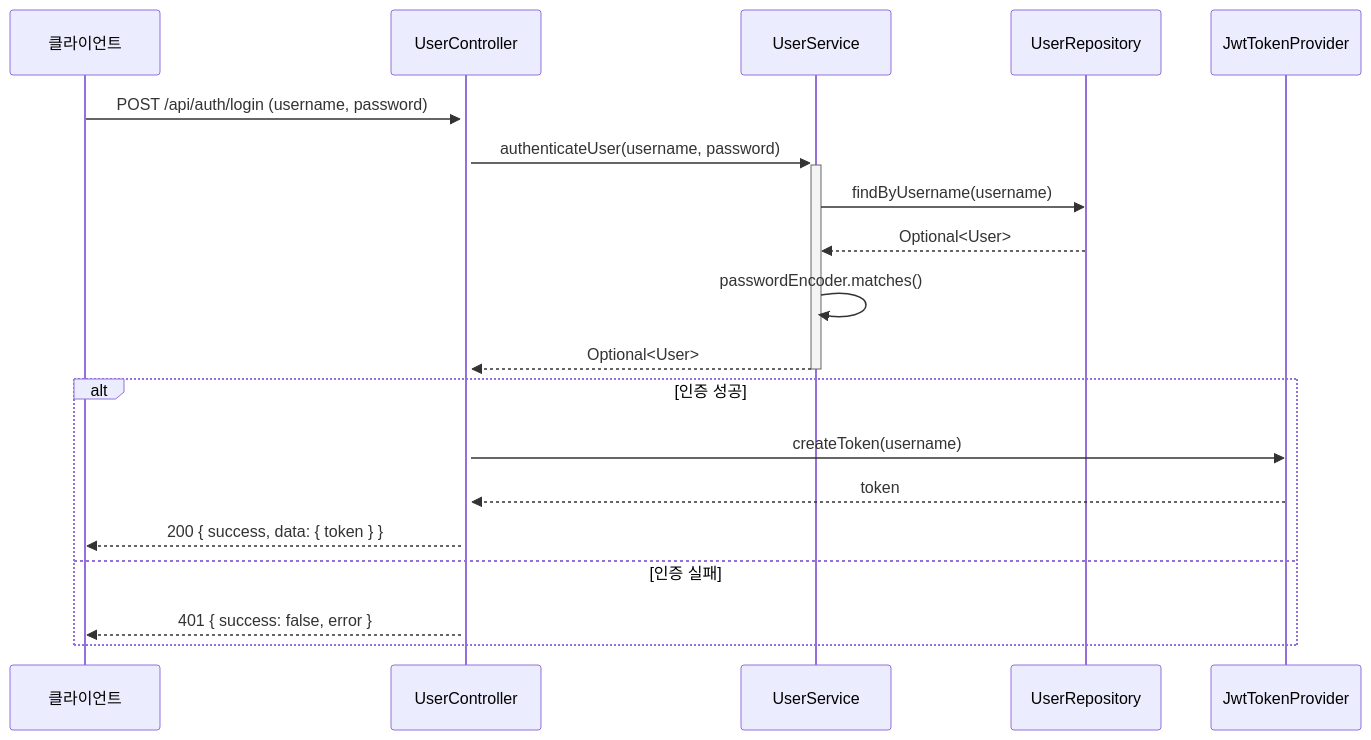
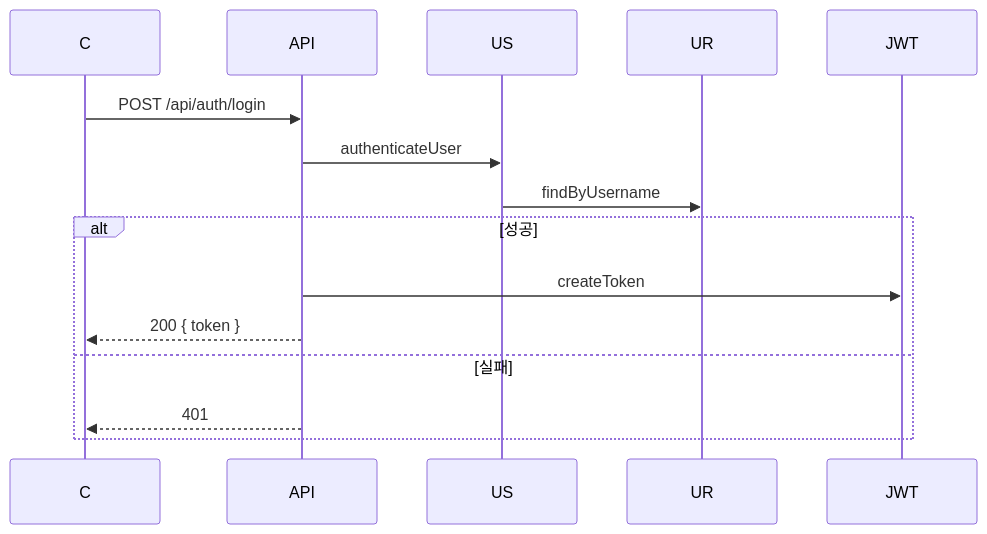
The third of 6 diagrams in README.md (jinhyuk9714/memory_of_year), drawn with Mermaid before and after one commit. The commit also changed other lines of this file and 22 other files, not shown here.

````diff
--- a/README.md
+++ b/README.md
@@ -169,22 +176,12 @@
 ```mermaid
 sequenceDiagram
-    participant C as 클라이언트
-    participant API as UserController
-    participant US as UserService
-    participant UR as UserRepository
-    participant JWT as JwtTokenProvider
-
-    C->>+API: POST /api/auth/login (username, password)
-    API->>+US: authenticateUser(username, password)
-    US->>UR: findByUsername(username)
-    UR-->>US: Optional<User>
-    US->>US: passwordEncoder.matches()
-    US-->>-API: Optional<User>
-    alt 인증 성공
-        API->>JWT: createToken(username)
-        JWT-->>API: token
-        API-->>C: 200 { success, data: { token } }
-    else 인증 실패
-        API-->>C: 401 { success: false, error }
+    C->>API: POST /api/auth/login
+    API->>US: authenticateUser
+    US->>UR: findByUsername
+    alt 성공
+        API->>JWT: createToken
+        API-->>C: 200 { token }
+    else 실패
+        API-->>C: 401
     end
 ```
````
